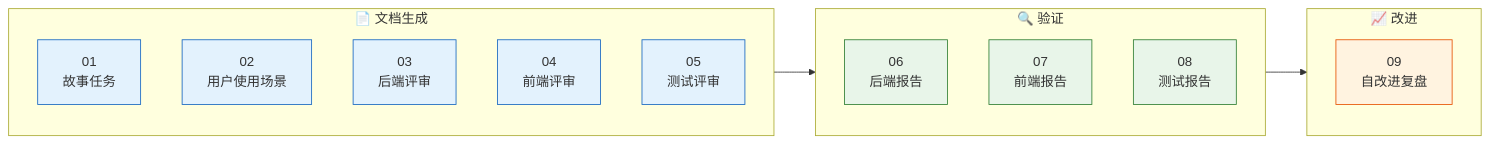
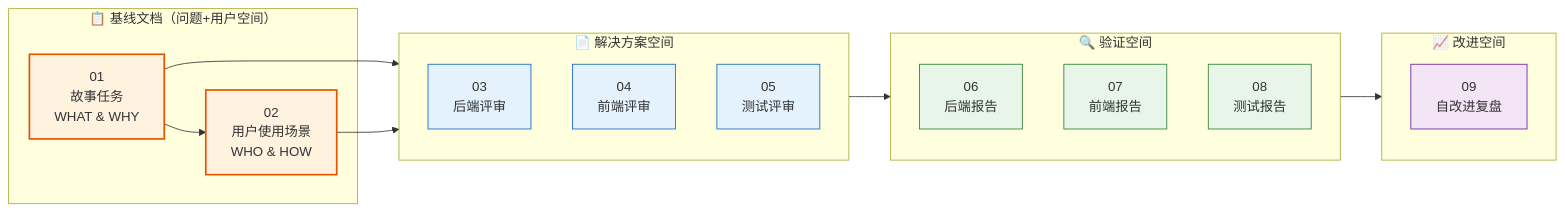
Before and after one commit to effiy/YrY: the fourth of 14 diagrams in skills/rui/formulas.md, drawn with Mermaid. The commit also changed other lines of this file and 9 other files, not shown here.

````diff
--- a/skills/rui/formulas.md
+++ b/skills/rui/formulas.md
@@ -156,26 +164,28 @@
 ```mermaid
 flowchart LR
-    subgraph 阶段一["📄 文档生成"]
-        F01["01<br/>故事任务"]
-        F02["02<br/>用户使用场景"]
-        F03["03<br/>后端评审"]
-        F04["04<br/>前端评审"]
-        F05["05<br/>测试评审"]
+    subgraph 基线["📋 基线文档（问题+用户空间）"]
+        F01["01<br/>故事任务<br/>WHAT & WHY"]:::baseline
+        F02["02<br/>用户使用场景<br/>WHO & HOW"]:::baseline
     end
-    subgraph 阶段二["🔍 验证"]
-        F06["06<br/>后端报告"]
-        F07["07<br/>前端报告"]
-        F08["08<br/>测试报告"]
+    subgraph 方案["📄 解决方案空间"]
+        F03["03<br/>后端评审"]:::p1
+        F04["04<br/>前端评审"]:::p1
+        F05["05<br/>测试评审"]:::p1
     end
-    subgraph 阶段三["📈 改进"]
-        F09["09<br/>自改进复盘"]
+    subgraph 验证["🔍 验证空间"]
+        F06["06<br/>后端报告"]:::p2
+        F07["07<br/>前端报告"]:::p2
+        F08["08<br/>测试报告"]:::p2
     end
-    阶段一 --> 阶段二 --> 阶段三
+    subgraph 改进["📈 改进空间"]
+        F09["09<br/>自改进复盘"]:::p3
+    end
+    F01 --> F02
+    F01 & F02 --> 方案
+    方案 --> 验证 --> 改进
 
+    classDef baseline fill:#fff3e0,stroke:#e65100,stroke-width:2px;
     classDef p1 fill:#e3f2fd,stroke:#1565c0;
     classDef p2 fill:#e8f5e9,stroke:#2e7d32;
-    classDef p3 fill:#fff3e0,stroke:#e65100;
-    class F01,F02,F03,F04,F05 p1;
-    class F06,F07,F08 p2;
-    class F09 p3;
+    classDef p3 fill:#f3e5f5,stroke:#6a1b9a;
 ```
````
